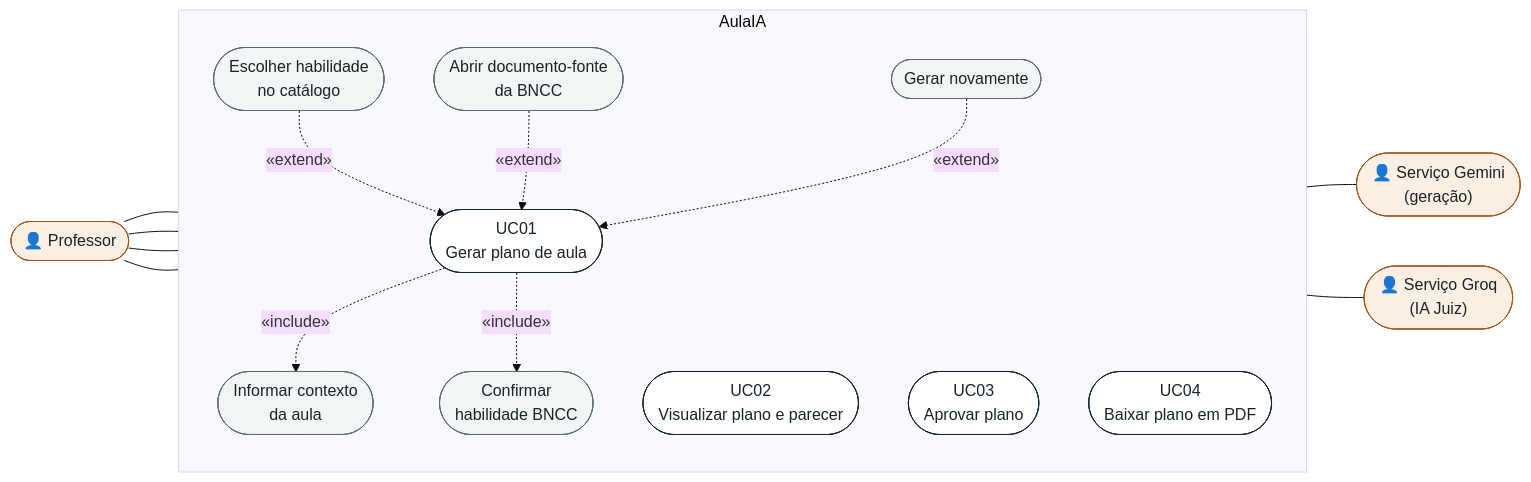
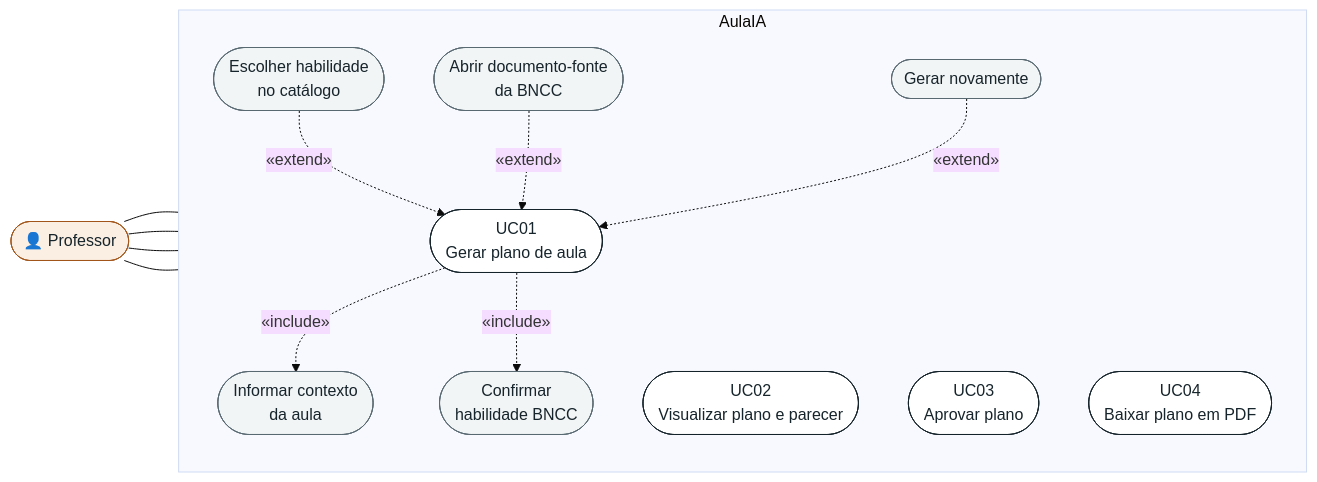
The diagram in docs/diagramas/final/casos-de-uso.mmd (Carneiro-Joao/tcc-plataforma-multiagente), drawn with Mermaid (base theme) before and after one commit. The commit also changed 8 other files, not shown here.

First line of the commit message:
docs(diagramas): casos de uso so com o professor como ator (decisao do Joao); variantes retiradas

```diff
--- a/docs/diagramas/final/casos-de-uso.mmd
+++ b/docs/diagramas/final/casos-de-uso.mmd
@@ -1,36 +1,33 @@
 %% Versão Mermaid do diagrama de casos de uso (equivalente a casos-de-uso.puml, que continua sendo a fonte UML).
 %% Mermaid não tem diagrama de casos de uso: atores são nós com forma de pessoa, casos de uso são elipses (estádio),
 %% <<include>> e <<extend>> são setas tracejadas rotuladas.
+%% Único ator: o professor. As APIs de LLM (Gemini e Groq) ficam no diagrama de componentes (decisão do João, 25/11).
 flowchart LR
     P(["👤 Professor"])
     subgraph SIS["AulaIA"]
         direction TB
         UC01(["UC01<br/>Gerar plano de aula"])
         CTX(["Informar contexto<br/>da aula"])
         CONF(["Confirmar<br/>habilidade BNCC"])
         CAT(["Escolher habilidade<br/>no catálogo"])
         FONTE(["Abrir documento-fonte<br/>da BNCC"])
         NOVA(["Gerar novamente"])
         UC02(["UC02<br/>Visualizar plano e parecer"])
         UC03(["UC03<br/>Aprovar plano"])
         UC04(["UC04<br/>Baixar plano em PDF"])
     end
-    GEM(["👤 Serviço Gemini<br/>(geração)"])
-    GROQ(["👤 Serviço Groq<br/>(IA Juiz)"])
     P --- UC01
     P --- UC02
     P --- UC03
     P --- UC04
     UC01 -.->|"«include»"| CTX
     UC01 -.->|"«include»"| CONF
     CAT -.->|"«extend»"| UC01
     FONTE -.->|"«extend»"| UC01
     NOVA -.->|"«extend»"| UC01
-    UC01 --- GEM
-    UC01 --- GROQ
     classDef ator fill:#fbeee2,stroke:#a2561b,color:#16242b
     classDef uc fill:#ffffff,stroke:#16242b,color:#16242b
     classDef ext fill:#f2f5f6,stroke:#5a6a72,color:#16242b
-    class P,GEM,GROQ ator
+    class P ator
     class UC01,UC02,UC03,UC04 uc
     class CTX,CONF,CAT,FONTE,NOVA ext
```
